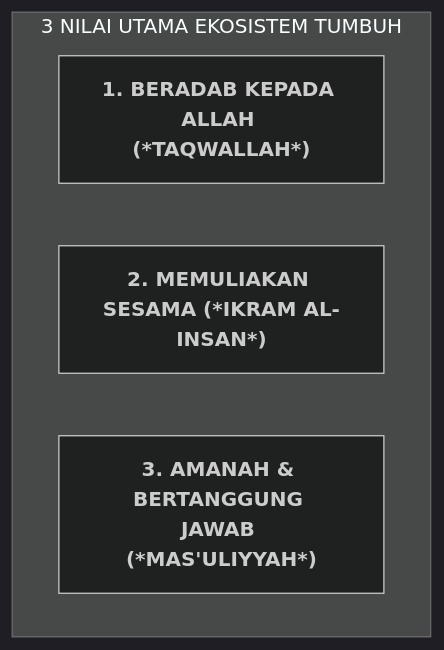
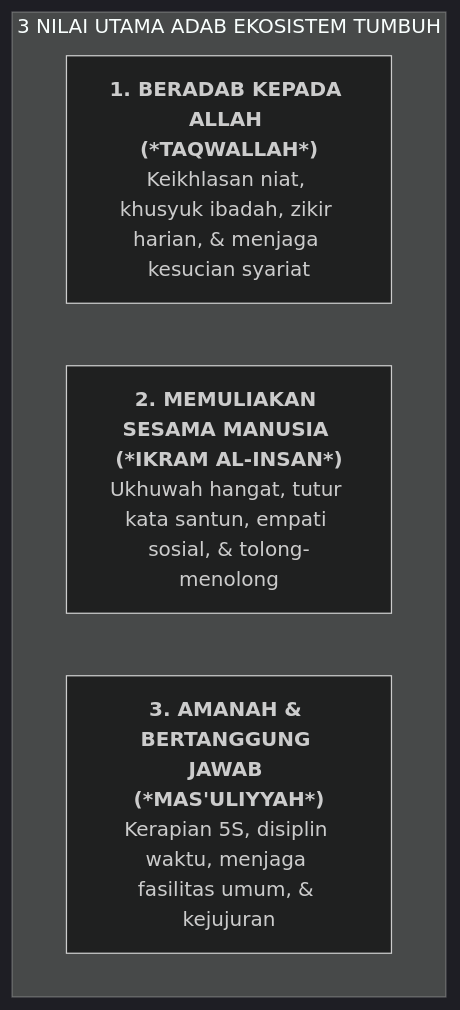
Before and after one commit to wandiapriliyandi/tumbuh: the diagram in BOOK Series 2/Volume-04-Intervensi-PBIS-dan-Disiplin-Restoratif/Bab-01-Arsitektur-Multi-Tier-PBIS/03-Matriks-Ekspektasi-Perilaku-Terpadu.md, drawn with Mermaid (dark theme). The commit also changed other lines of this file and 61 other files, not shown here.

````diff
--- a/BOOK Series 2/Volume-04-Intervensi-PBIS-dan-Disiplin-Restoratif/Bab-01-Arsitektur-Multi-Tier-PBIS/03-Matriks-Ekspektasi-Perilaku-Terpadu.md
+++ b/BOOK Series 2/Volume-04-Intervensi-PBIS-dan-Disiplin-Restoratif/Bab-01-Arsitektur-Multi-Tier-PBIS/03-Matriks-Ekspektasi-Perilaku-Terpadu.md
@@ -11,8 +13,10 @@
 ```mermaid
 flowchart TD
-    subgraph TigaNilaiInti["3 NILAI UTAMA EKOSISTEM TUMBUH"]
-        N1["<b>1. BERADAB KEPADA ALLAH (*TAQWALLAH*)</b>"]
-        N2["<b>2. MEMULIAKAN SESAMA (*IKRAM AL-INSAN*)</b>"]
-        N3["<b>3. AMANAH & BERTANGGUNG JAWAB (*MAS'ULIYYAH*)</b>"]
+    subgraph TigaNilaiIntiAdab["3 NILAI UTAMA ADAB EKOSISTEM TUMBUH"]
+        N1["<b>1. BERADAB KEPADA ALLAH (*TAQWALLAH*)</b><br/>Keikhlasan niat, khusyuk ibadah, zikir harian, & menjaga kesucian syariat"]
+        
+        N2["<b>2. MEMULIAKAN SESAMA MANUSIA (*IKRAM AL-INSAN*)</b><br/>Ukhuwah hangat, tutur kata santun, empati sosial, & tolong-menolong"]
+        
+        N3["<b>3. AMANAH & BERTANGGUNG JAWAB (*MAS'ULIYYAH*)</b><br/>Kerapian 5S, disiplin waktu, menjaga fasilitas umum, & kejujuran"]
     end
 ```
````
